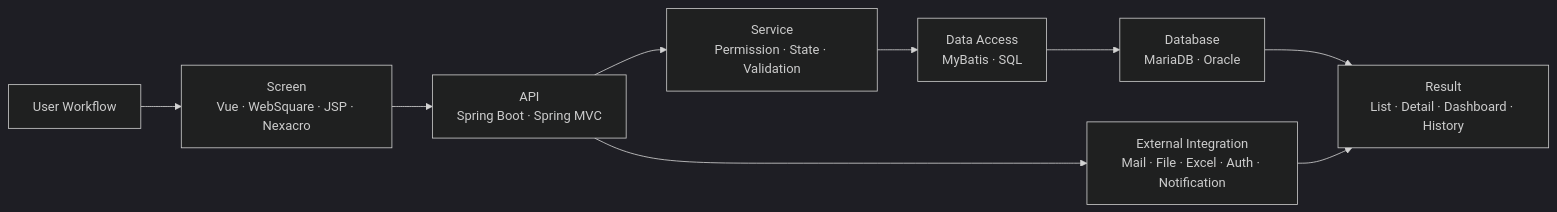
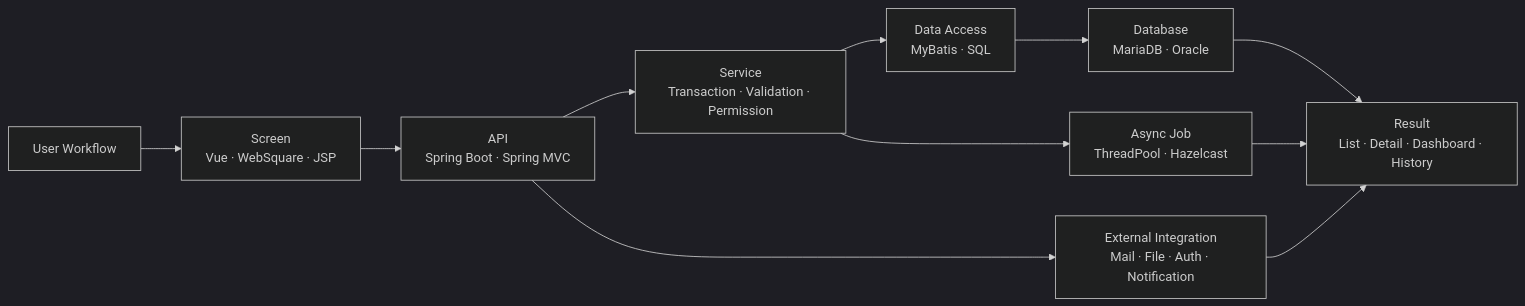
Before and after one commit to YongjaeKwon/YongjaeKwon: the diagram in README.md, drawn with Mermaid (dark theme). The commit also changed other lines of this file, not shown here.

````diff
--- a/README.md
+++ b/README.md
@@ -117,11 +119,13 @@
 ```mermaid
 flowchart LR
-  A["User Workflow"] --> B["Screen<br/>Vue · WebSquare · JSP · Nexacro"]
+  A["User Workflow"] --> B["Screen<br/>Vue · WebSquare · JSP"]
   B --> C["API<br/>Spring Boot · Spring MVC"]
-  C --> D["Service<br/>Permission · State · Validation"]
+  C --> D["Service<br/>Transaction · Validation · Permission"]
   D --> E["Data Access<br/>MyBatis · SQL"]
   E --> F["Database<br/>MariaDB · Oracle"]
-  C --> G["External Integration<br/>Mail · File · Excel · Auth · Notification"]
+  C --> G["External Integration<br/>Mail · File · Auth · Notification"]
+  D --> I["Async Job<br/>ThreadPool · Hazelcast"]
   F --> H["Result<br/>List · Detail · Dashboard · History"]
   G --> H
+  I --> H
 ```
````
